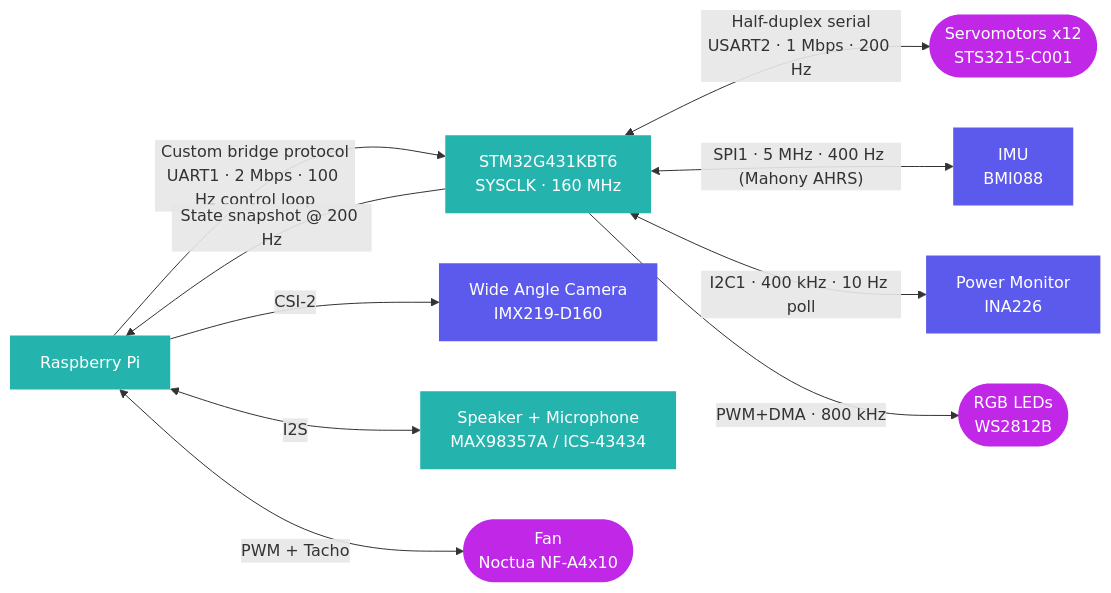
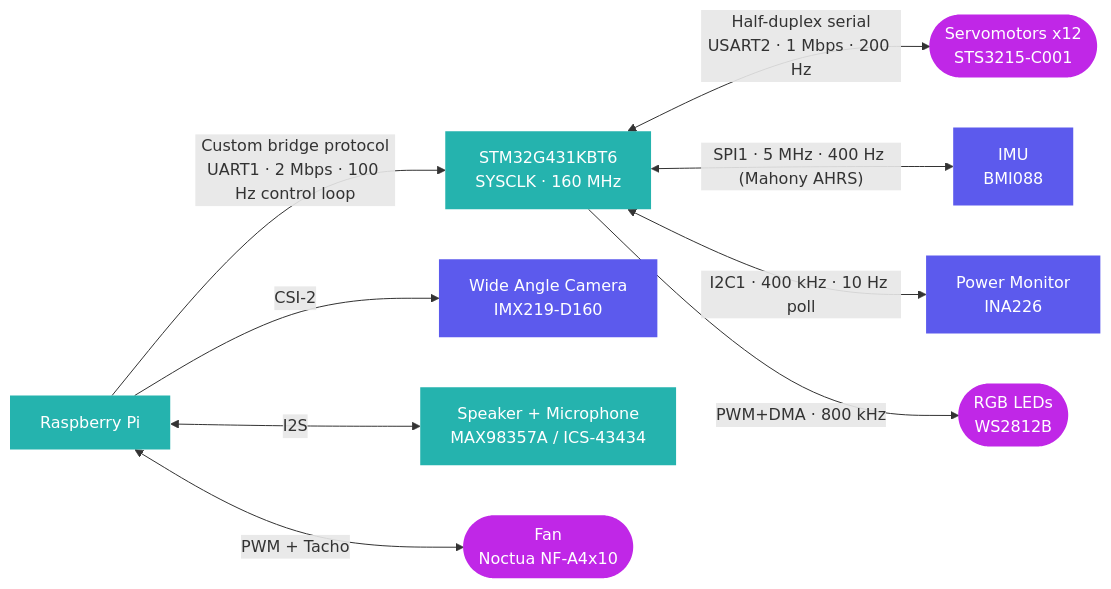
One commit to Mowibox/chromapi_motherboard changed the second of 2 diagrams in README.md. Above: the diagram before and after it, drawn with Mermaid.

Commit message:
remove state snapshot for visibility

````diff
--- a/README.md
+++ b/README.md
@@ -123,32 +123,31 @@
 ```mermaid
 %%{init: {'themeCSS': '.edgeLabel, .edgeLabel p, .labelBkg { background-color: transparent !important; } .edgeLabel rect { fill: transparent !important; }'}}%%
 flowchart LR
     RPI["Raspberry Pi"]
     MCU["STM32G431KBT6<br/>SYSCLK · 160 MHz"]
     SERVOS(["Servomotors x12<br/>STS3215-C001"])
     IMU["IMU<br/>BMI088"]
     PWR["Power Monitor<br/>INA226"]
     LED(["RGB LEDs<br/>WS2812B"])
     CAM["Wide Angle Camera<br/>IMX219-D160"]
     AUDIO["Speaker + Microphone<br/>MAX98357A / ICS-43434"]
     FAN(["Fan<br/>Noctua NF-A4x10"])
 
     RPI -->|"Custom bridge protocol<br/>UART1 · 2 Mbps · 100 Hz control loop"| MCU
-    MCU -->|"State snapshot @ 200 Hz"| RPI
     MCU <-->|"Half-duplex serial<br/>USART2 · 1 Mbps · 200 Hz"| SERVOS
     MCU <-->|"SPI1 · 5 MHz · 400 Hz (Mahony AHRS)"| IMU
     MCU <-->|"I2C1 · 400 kHz · 10 Hz poll"| PWR
     MCU -->|"PWM+DMA · 800 kHz"| LED
 
     RPI -->|"CSI-2"| CAM
     RPI <-->|"I2S"| AUDIO
     RPI <-->|"PWM + Tacho"| FAN
 
     classDef ic fill:#25b3ae,color:#ffffff,stroke:none
     classDef actuator fill:#c027e7,color:#ffffff,stroke:none
     classDef sensor fill:#5c5aed,color:#ffffff,stroke:none
 
     class RPI,MCU,AUDIO ic
     class SERVOS,LED,FAN actuator
     class IMU,PWR,CAM sensor
 ```
````
